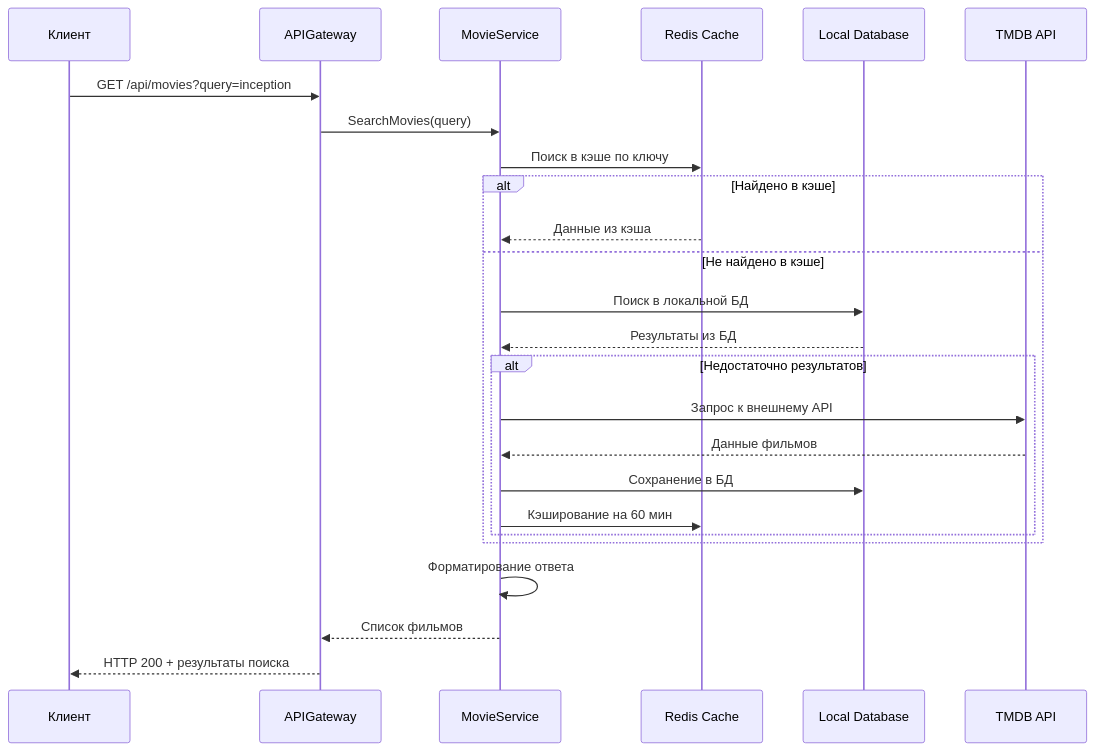
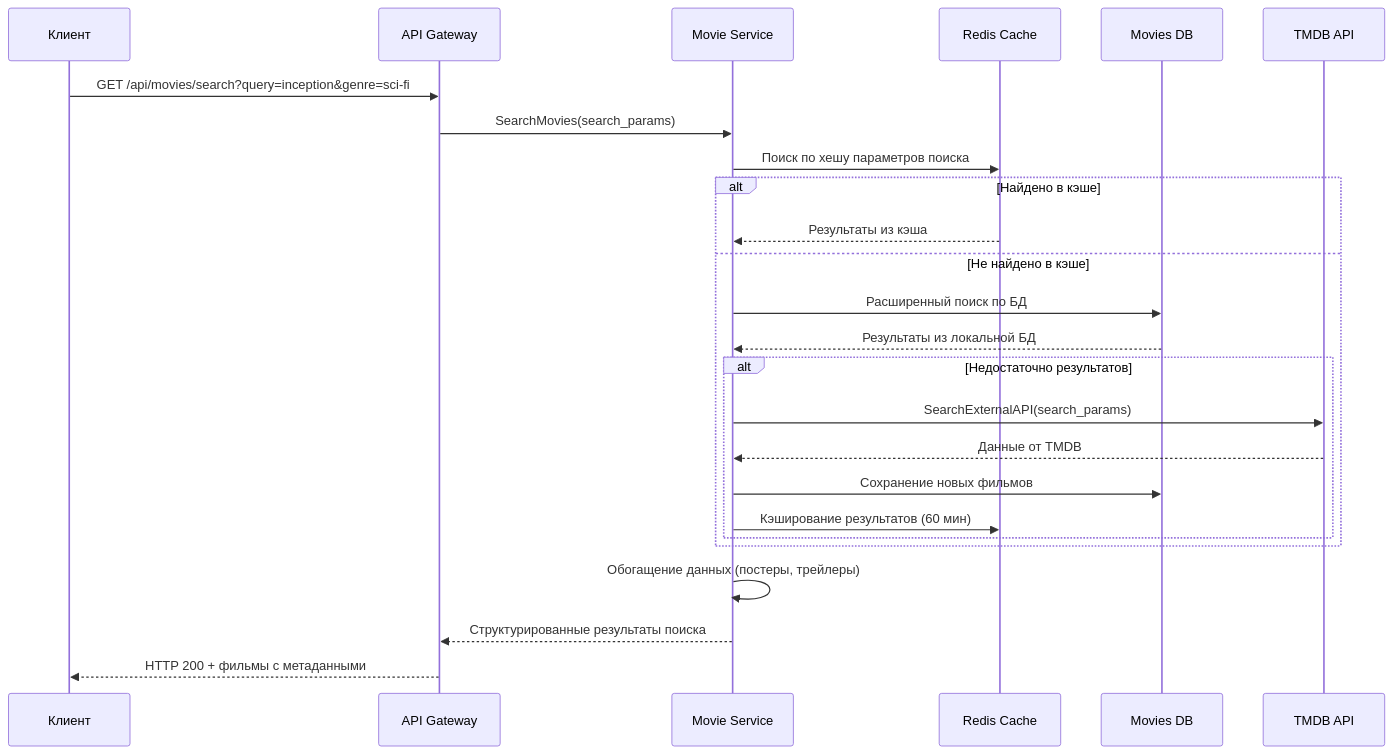
The fourth of 8 diagrams in docs/tr.md (BALLUUNN/zavozwww), drawn with Mermaid before and after one commit. The commit also changed other lines of this file, not shown here.

````diff
--- a/docs/tr.md
+++ b/docs/tr.md
@@ -495,31 +489,32 @@
 ```mermaid
 sequenceDiagram
     participant Клиент
-    participant APIGateway
-    participant MovieService
-    participant Cache as Redis Cache
-    participant LocalDB as Local Database
+    participant GW as API Gateway
+    participant MOVIE as Movie Service
+    participant CACHE as Redis Cache
+    participant MOVIE_DB as Movies DB
     participant TMDB as TMDB API
 
-    Клиент->>APIGateway: GET /api/movies?query=inception
-    APIGateway->>MovieService: SearchMovies(query)
+    Клиент->>GW: GET /api/movies/search?query=inception&genre=sci-fi
+    GW->>MOVIE: SearchMovies(search_params)
     
-    MovieService->>Cache: Поиск в кэше по ключу
+    MOVIE->>CACHE: Поиск по хешу параметров поиска
     alt Найдено в кэше
-        Cache-->>MovieService: Данные из кэша
+        CACHE-->>MOVIE: Результаты из кэша
     else Не найдено в кэше
-        MovieService->>LocalDB: Поиск в локальной БД
-        LocalDB-->>MovieService: Результаты из БД
+        MOVIE->>MOVIE_DB: Расширенный поиск по БД
+        MOVIE_DB-->>MOVIE: Результаты из локальной БД
         
         alt Недостаточно результатов
-            MovieService->>TMDB: Запрос к внешнему API
-            TMDB-->>MovieService: Данные фильмов
-            MovieService->>LocalDB: Сохранение в БД
-            MovieService->>Cache: Кэширование на 60 мин
+            MOVIE->>TMDB: SearchExternalAPI(search_params)
+            TMDB-->>MOVIE: Данные от TMDB
+            MOVIE->>MOVIE_DB: Сохранение новых фильмов
+            MOVIE->>CACHE: Кэширование результатов (60 мин)
         end
     end
     
-    MovieService->>MovieService: Форматирование ответа
-    MovieService-->>APIGateway: Список фильмов
-    APIGateway-->>Клиент: HTTP 200 + результаты поиска
+    MOVIE->>MOVIE: Обогащение данных (постеры, трейлеры)
+    MOVIE-->>GW: Структурированные результаты поиска
+    GW-->>Клиент: HTTP 200 + фильмы с метаданными
+
 ```
````
